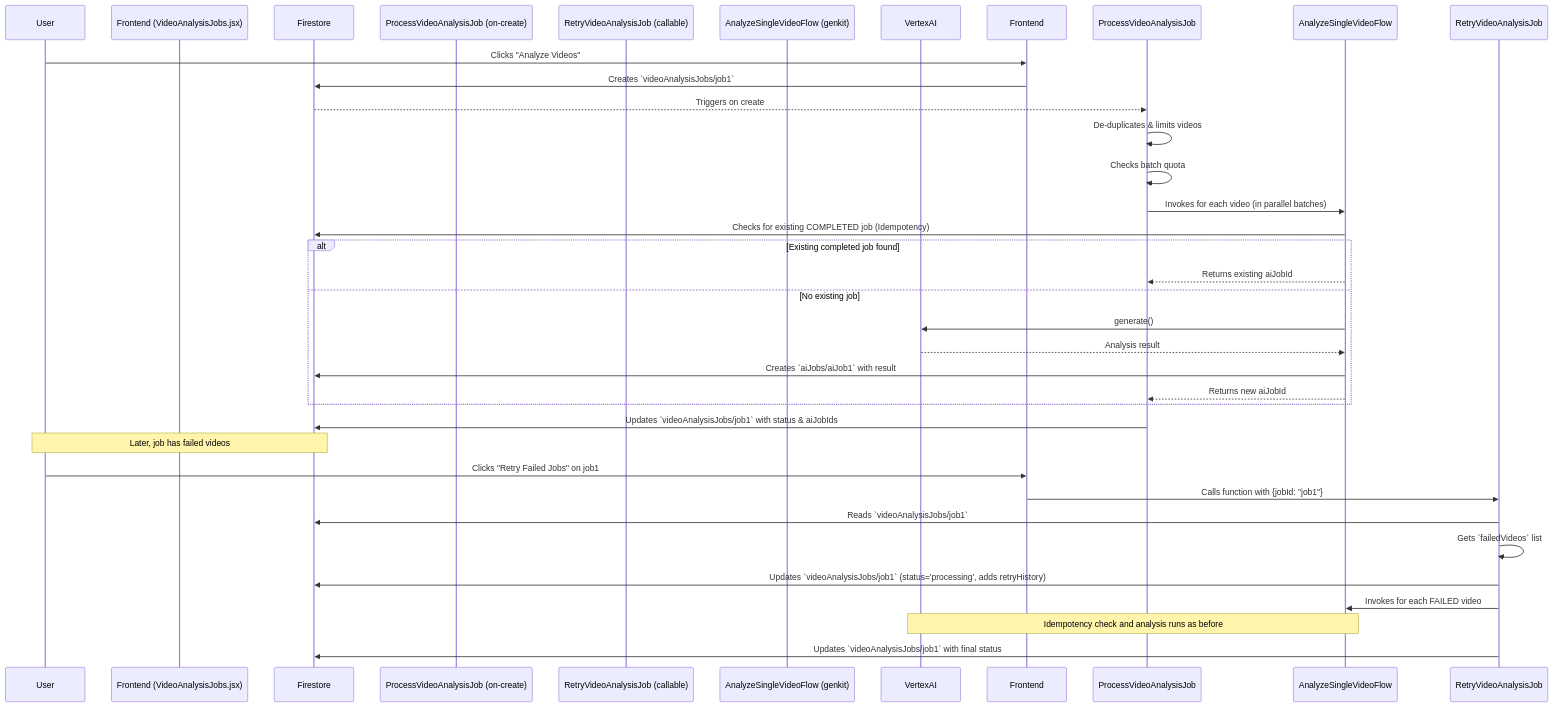
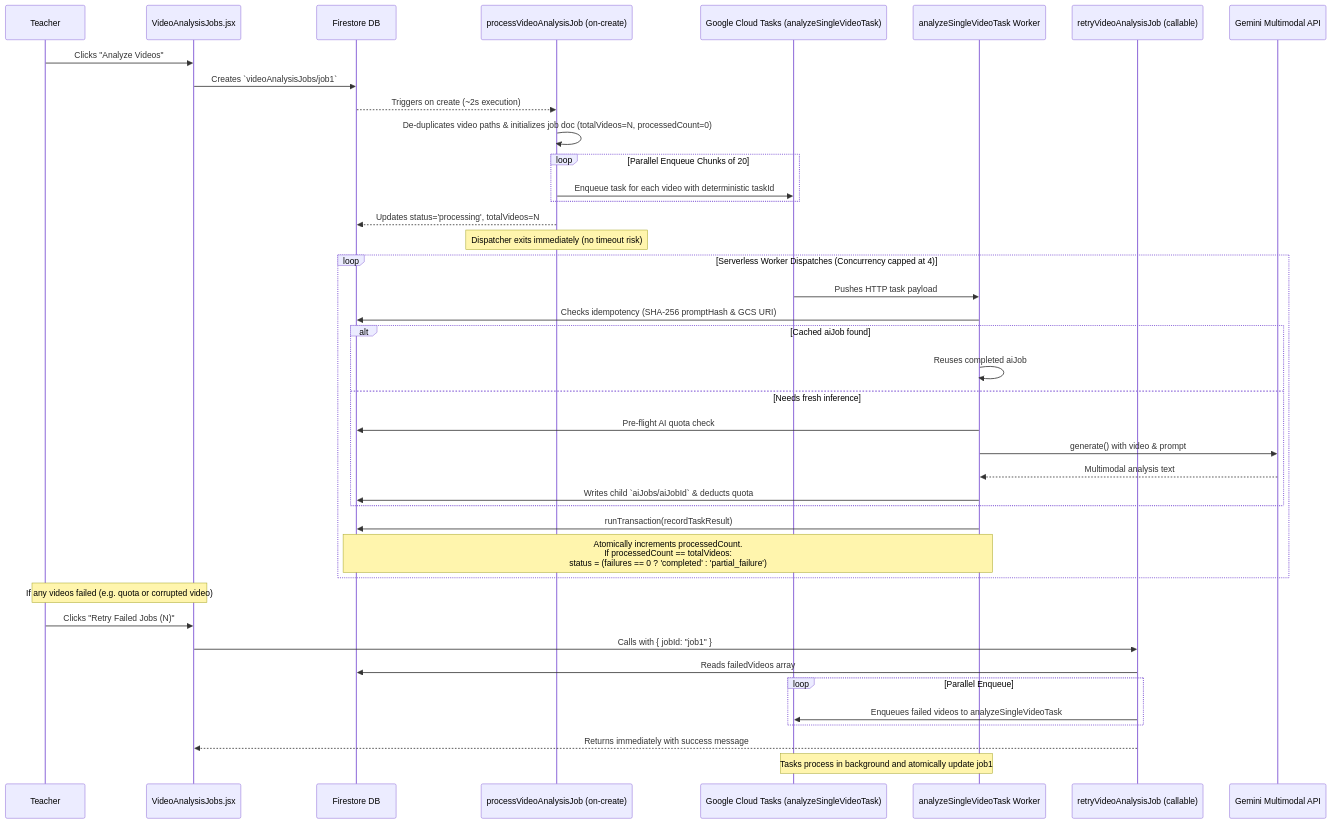
The first of 4 diagrams in docs/video-analysis-workflow.md (wongcyrus/Google-AI-Classroom), drawn with Mermaid before and after one commit. The commit also changed other lines of this file and 86 other files, not shown here.

First line of the commit message:
docs: update system documentation, marp slide decks, architecture diagrams, and prompt seed assets

````diff
--- a/docs/video-analysis-workflow.md
+++ b/docs/video-analysis-workflow.md
@@ -39,38 +44,46 @@
 ```mermaid
 sequenceDiagram
-    participant User
-    participant Frontend (VideoAnalysisJobs.jsx)
-    participant Firestore
-    participant ProcessVideoAnalysisJob (on-create)
-    participant RetryVideoAnalysisJob (callable)
-    participant AnalyzeSingleVideoFlow (genkit)
-    participant VertexAI
+    participant User as Teacher
+    participant Frontend as VideoAnalysisJobs.jsx
+    participant Firestore as Firestore DB
+    participant Dispatcher as processVideoAnalysisJob (on-create)
+    participant TasksQueue as Google Cloud Tasks (analyzeSingleVideoTask)
+    participant Worker as analyzeSingleVideoTask Worker
+    participant RetryFunction as retryVideoAnalysisJob (callable)
+    participant VertexAI as Gemini Multimodal API
 
     User->>Frontend: Clicks "Analyze Videos"
     Frontend->>Firestore: Creates `videoAnalysisJobs/job1`
-    Firestore-->>ProcessVideoAnalysisJob: Triggers on create
-    ProcessVideoAnalysisJob->>ProcessVideoAnalysisJob: De-duplicates & limits videos
-    ProcessVideoAnalysisJob->>ProcessVideoAnalysisJob: Checks batch quota
-    ProcessVideoAnalysisJob->>AnalyzeSingleVideoFlow: Invokes for each video (in parallel batches)
-    AnalyzeSingleVideoFlow->>Firestore: Checks for existing COMPLETED job (Idempotency)
-    alt Existing completed job found
-        AnalyzeSingleVideoFlow-->>ProcessVideoAnalysisJob: Returns existing aiJobId
-    else No existing job
-        AnalyzeSingleVideoFlow->>VertexAI: generate()
-        VertexAI-->>AnalyzeSingleVideoFlow: Analysis result
-        AnalyzeSingleVideoFlow->>Firestore: Creates `aiJobs/aiJob1` with result
-        AnalyzeSingleVideoFlow-->>ProcessVideoAnalysisJob: Returns new aiJobId
+    Firestore-->>Dispatcher: Triggers on create (~2s execution)
+    Dispatcher->>Dispatcher: De-duplicates video paths & initializes job doc (totalVideos=N, processedCount=0)
+    loop Parallel Enqueue Chunks of 20
+        Dispatcher->>TasksQueue: Enqueue task for each video with deterministic taskId
     end
-    ProcessVideoAnalysisJob->>Firestore: Updates `videoAnalysisJobs/job1` with status & aiJobIds
+    Dispatcher-->>Firestore: Updates status='processing', totalVideos=N
+    Note over Dispatcher: Dispatcher exits immediately (no timeout risk)
 
-    Note over User, Firestore: Later, job has failed videos
+    loop Serverless Worker Dispatches (Concurrency capped at 4)
+        TasksQueue->>Worker: Pushes HTTP task payload
+        Worker->>Firestore: Checks idempotency (SHA-256 promptHash & GCS URI)
+        alt Cached aiJob found
+            Worker->>Worker: Reuses completed aiJob
+        else Needs fresh inference
+            Worker->>Firestore: Pre-flight AI quota check
+            Worker->>VertexAI: generate() with video & prompt
+            VertexAI-->>Worker: Multimodal analysis text
+            Worker->>Firestore: Writes child `aiJobs/aiJobId` & deducts quota
+        end
+        Worker->>Firestore: runTransaction(recordTaskResult)
+        Note over Worker, Firestore: Atomically increments processedCount.<br/>If processedCount == totalVideos:<br/>status = (failures == 0 ? 'completed' : 'partial_failure')
+    end
 
-    User->>Frontend: Clicks "Retry Failed Jobs" on job1
-    Frontend->>RetryVideoAnalysisJob: Calls function with {jobId: "job1"}
-    RetryVideoAnalysisJob->>Firestore: Reads `videoAnalysisJobs/job1`
-    RetryVideoAnalysisJob->>RetryVideoAnalysisJob: Gets `failedVideos` list
-    RetryVideoAnalysisJob->>Firestore: Updates `videoAnalysisJobs/job1` (status='processing', adds retryHistory)
-    RetryVideoAnalysisJob->>AnalyzeSingleVideoFlow: Invokes for each FAILED video
-    Note over AnalyzeSingleVideoFlow, VertexAI: Idempotency check and analysis runs as before
-    RetryVideoAnalysisJob->>Firestore: Updates `videoAnalysisJobs/job1` with final status
+    Note over User, Frontend: If any videos failed (e.g. quota or corrupted video)
+    User->>Frontend: Clicks "Retry Failed Jobs (N)"
+    Frontend->>RetryFunction: Calls with { jobId: "job1" }
+    RetryFunction->>Firestore: Reads failedVideos array
+    loop Parallel Enqueue
+        RetryFunction->>TasksQueue: Enqueues failed videos to analyzeSingleVideoTask
+    end
+    RetryFunction-->>Frontend: Returns immediately with success message
+    Note over TasksQueue, Worker: Tasks process in background and atomically update job1
 ```
````
